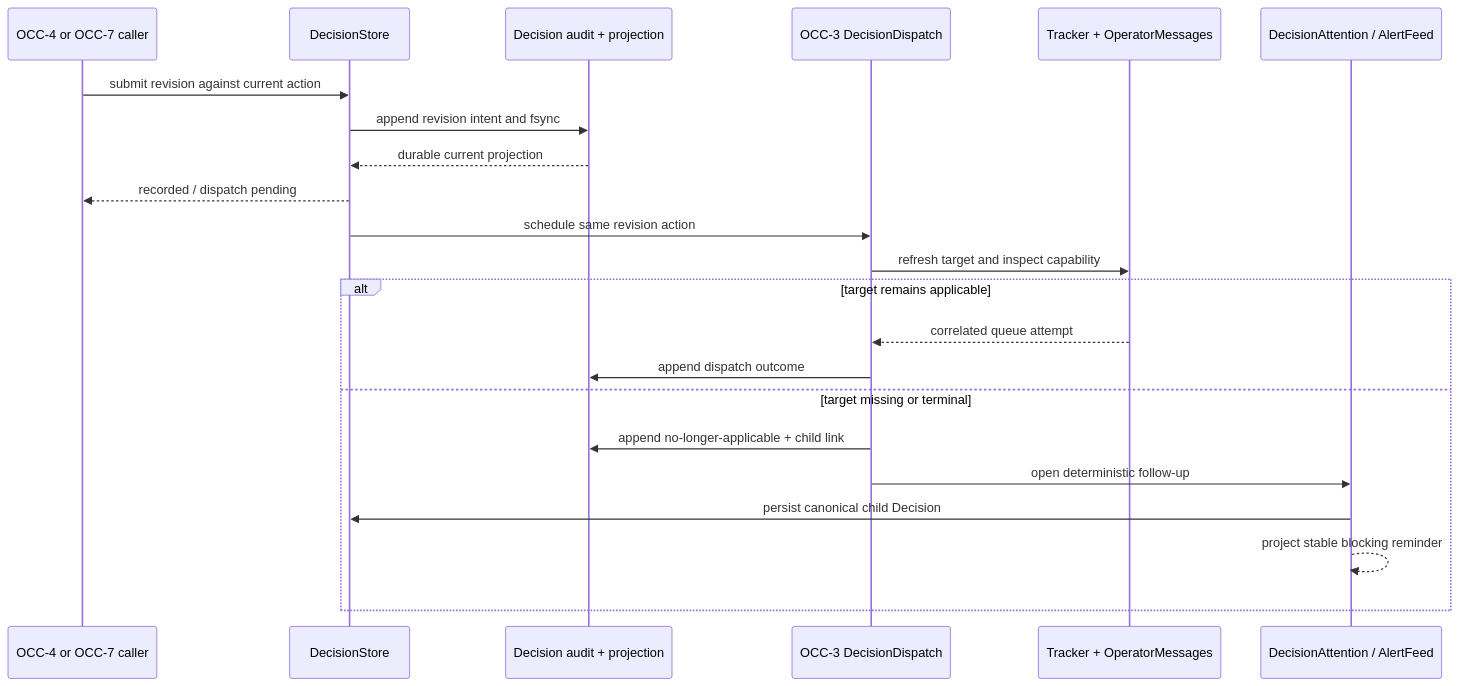
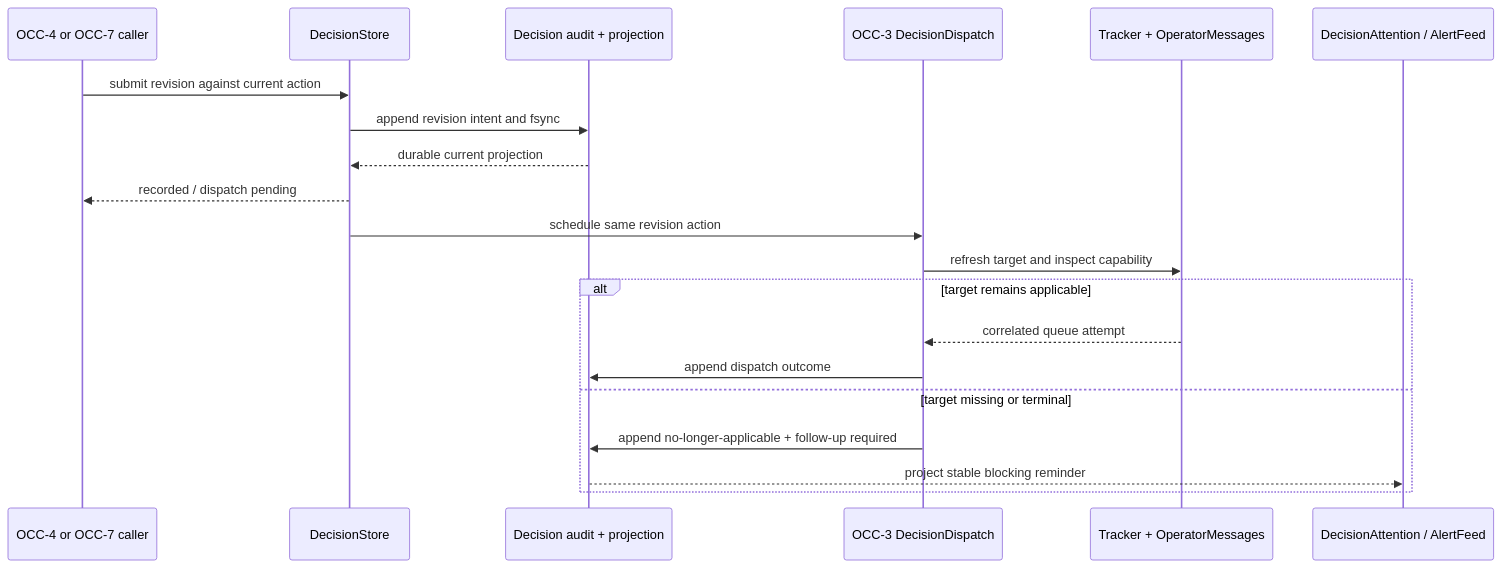
Before and after one commit to aiur-team/aiur: the diagram in docs/plans/2026-07-12-003-feat-decision-revisions-plan.md, drawn with Mermaid. The commit also changed other lines of this file and 3 other files, not shown here.

````diff
--- a/docs/plans/2026-07-12-003-feat-decision-revisions-plan.md
+++ b/docs/plans/2026-07-12-003-feat-decision-revisions-plan.md
@@ -237,25 +235,23 @@
 ```mermaid
 sequenceDiagram
     participant Caller as OCC-4 or OCC-7 caller
     participant Store as DecisionStore
     participant Audit as Decision audit + projection
     participant Dispatch as OCC-3 DecisionDispatch
     participant Target as Tracker + OperatorMessages
     participant Attention as DecisionAttention / AlertFeed
 
     Caller->>Store: submit revision against current action
     Store->>Audit: append revision intent and fsync
     Audit-->>Store: durable current projection
     Store-->>Caller: recorded / dispatch pending
     Store->>Dispatch: schedule same revision action
     Dispatch->>Target: refresh target and inspect capability
     alt target remains applicable
         Target-->>Dispatch: correlated queue attempt
         Dispatch->>Audit: append dispatch outcome
     else target missing or terminal
-        Dispatch->>Audit: append no-longer-applicable + child link
-        Dispatch->>Attention: open deterministic follow-up
-        Attention->>Store: persist canonical child Decision
-        Attention-->>Attention: project stable blocking reminder
+        Dispatch->>Audit: append no-longer-applicable + follow-up required
+        Audit-->>Attention: project stable blocking reminder
     end
 ```
````
